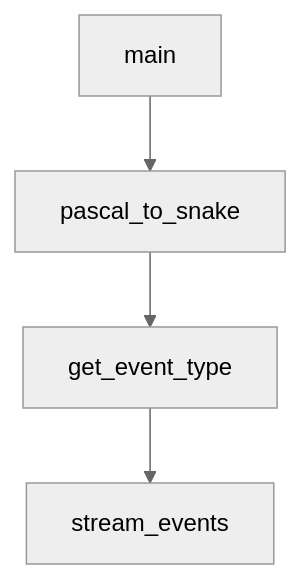
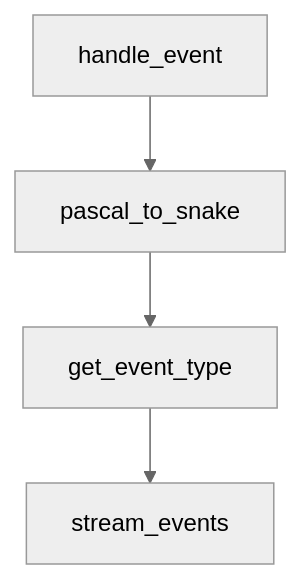
One commit to johnxie/awesome-code-docs changed the diagram in tutorials/sweep-tutorial/08-migration-strategy-and-long-term-operations.md. Above: the diagram before and after it, drawn with Mermaid (neutral theme). The commit also changed other lines of this file and 1232 other files, not shown here.

````diff
--- a/tutorials/sweep-tutorial/08-migration-strategy-and-long-term-operations.md
+++ b/tutorials/sweep-tutorial/08-migration-strategy-and-long-term-operations.md
@@ -219,10 +217,10 @@
 ```mermaid
 flowchart TD
-    A[main]
+    A[handle_event]
     B[pascal_to_snake]
     C[get_event_type]
     D[stream_events]
     A --> B
     B --> C
     C --> D
 ```
````
